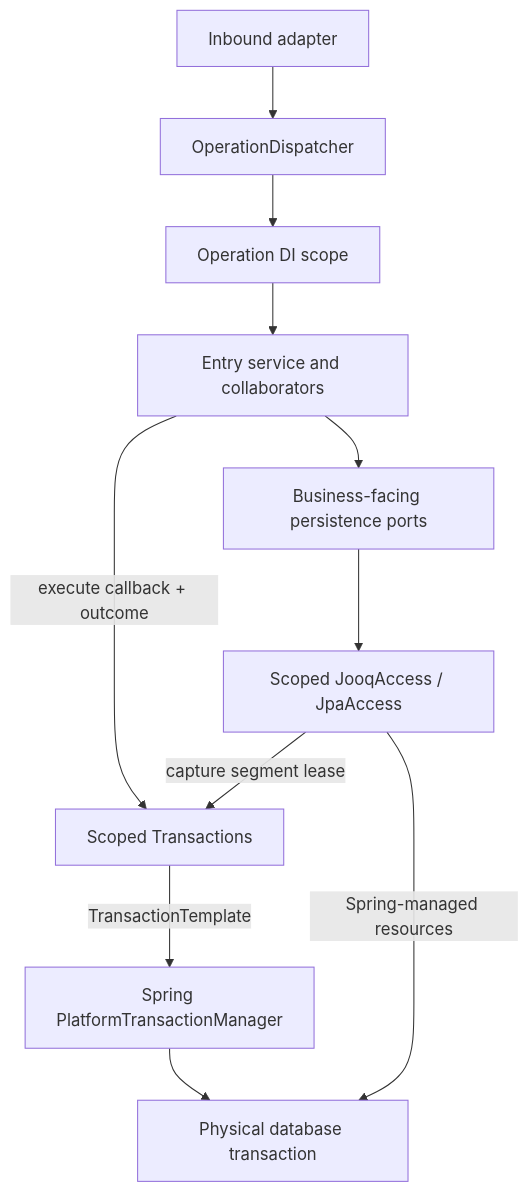
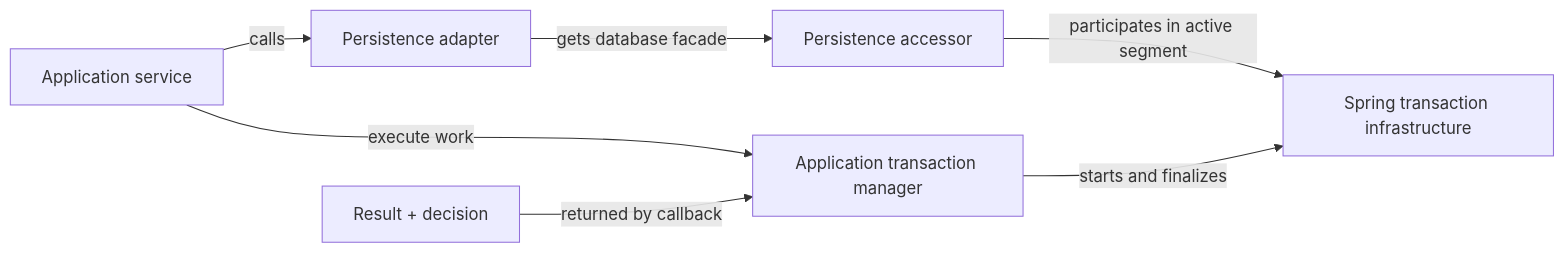
One commit to frederik-hoeft/min-favs-sharewise changed the first of 2 diagrams in docs/architecture/transactions.md. Above: the diagram before and after it, drawn with Mermaid. The commit also changed other lines of this file, not shown here.

````diff
--- a/docs/architecture/transactions.md
+++ b/docs/architecture/transactions.md
@@ -9,13 +21,9 @@
 ```mermaid
-flowchart TB
-    inbound["Inbound adapter"] --> dispatcher["OperationDispatcher"]
-    dispatcher --> scope["Operation DI scope"]
-    scope --> service["Entry service and collaborators"]
-    service -->|"execute callback + outcome"| manager["Scoped Transactions"]
-    manager -->|"TransactionTemplate"| spring["Spring PlatformTransactionManager"]
-    spring --> physical["Physical database transaction"]
-    service --> ports["Business-facing persistence ports"]
-    ports --> accessors["Scoped JooqAccess / JpaAccess"]
-    accessors -->|"capture segment lease"| manager
-    accessors -->|"Spring-managed resources"| physical
+flowchart LR
+    Service["Application service"] -->|"execute work"| Manager["Application transaction manager"]
+    Service -->|"calls"| Adapter["Persistence adapter"]
+    Adapter -->|"gets database facade"| Accessor["Persistence accessor"]
+    Accessor -->|"participates in active segment"| Spring["Spring transaction infrastructure"]
+    Manager -->|"starts and finalizes"| Spring
+    Outcome["Result + decision"] -->|"returned by callback"| Manager
 ```
````
